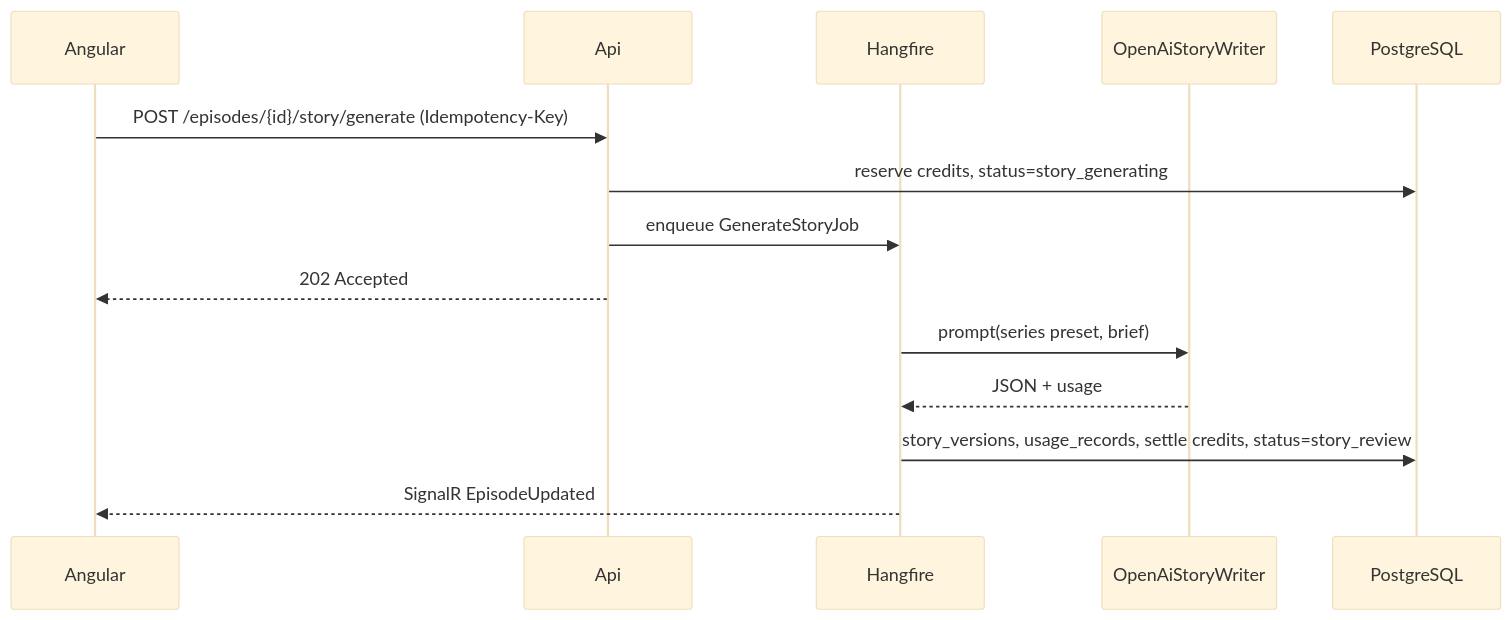
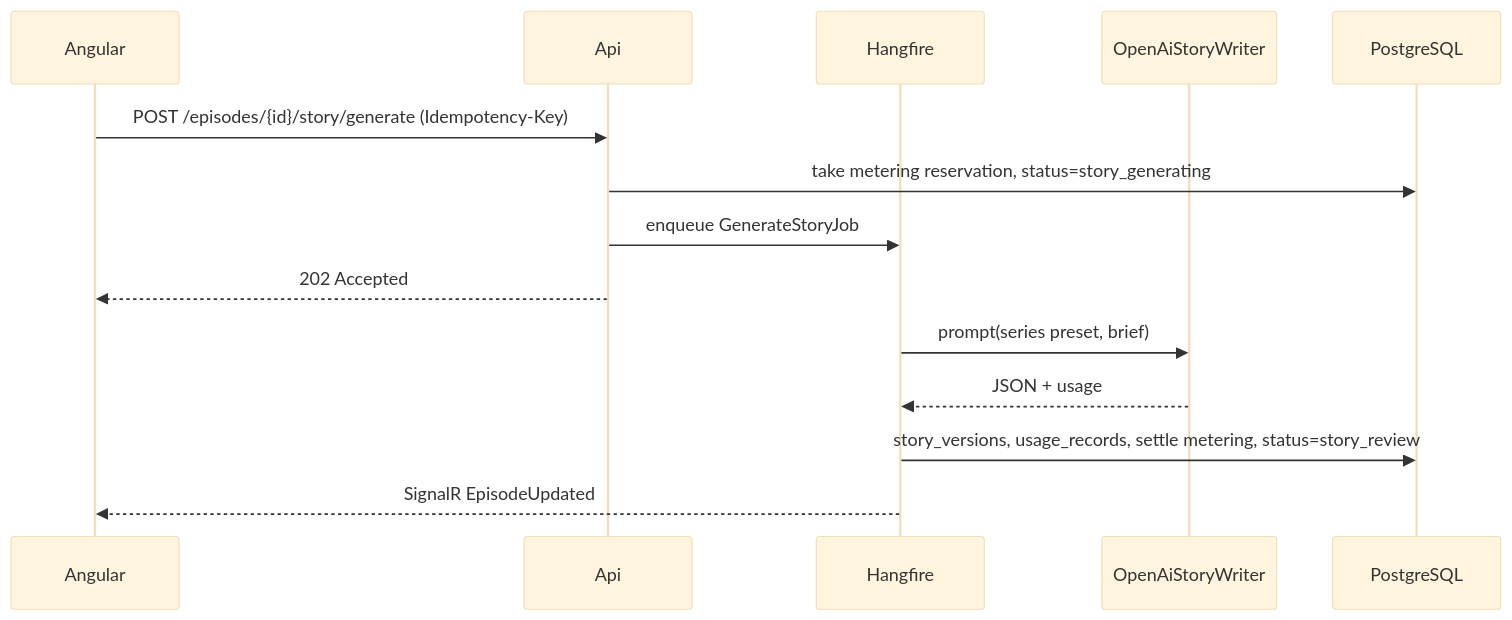
One commit to anglesen1120/NightTalesStudio changed the first of 2 diagrams in plans/02-story-writing.md. Above: the diagram before and after it, drawn with Mermaid (base theme). The commit also changed other lines of this file and 335 other files, not shown here.

````diff
--- a/plans/02-story-writing.md
+++ b/plans/02-story-writing.md
@@ -227,16 +227,16 @@
 ```mermaid
 sequenceDiagram
   participant UI as Angular
   participant API as Api
   participant Q as Hangfire
   participant W as OpenAiStoryWriter
   participant DB as PostgreSQL
   UI->>API: POST /episodes/{id}/story/generate (Idempotency-Key)
-  API->>DB: reserve credits, status=story_generating
+  API->>DB: take metering reservation, status=story_generating
   API->>Q: enqueue GenerateStoryJob
   API-->>UI: 202 Accepted
   Q->>W: prompt(series preset, brief)
   W-->>Q: JSON + usage
-  Q->>DB: story_versions, usage_records, settle credits, status=story_review
+  Q->>DB: story_versions, usage_records, settle metering, status=story_review
   Q-->>UI: SignalR EpisodeUpdated
 ```
````
